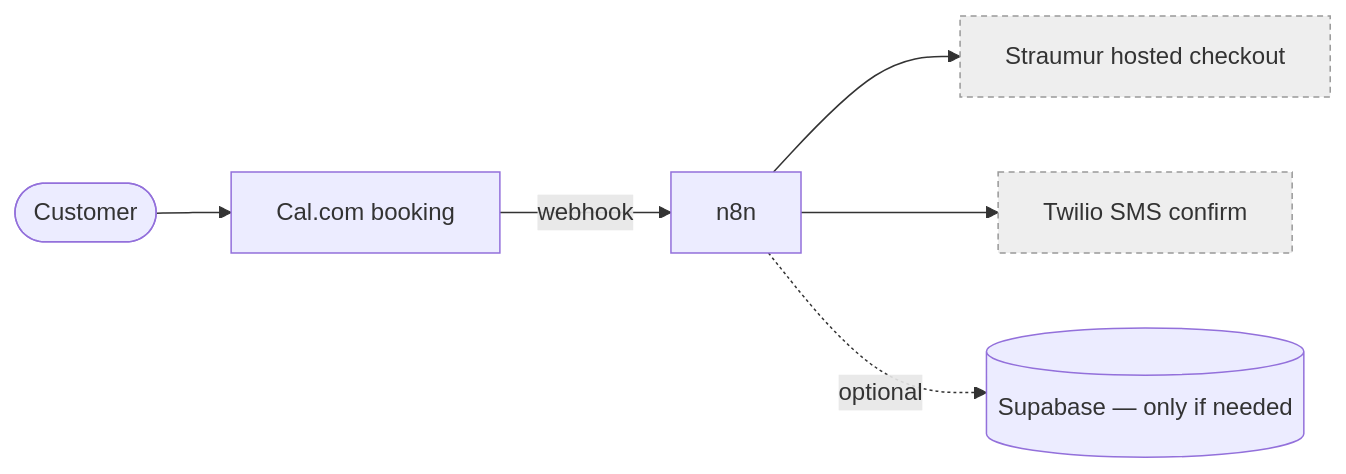
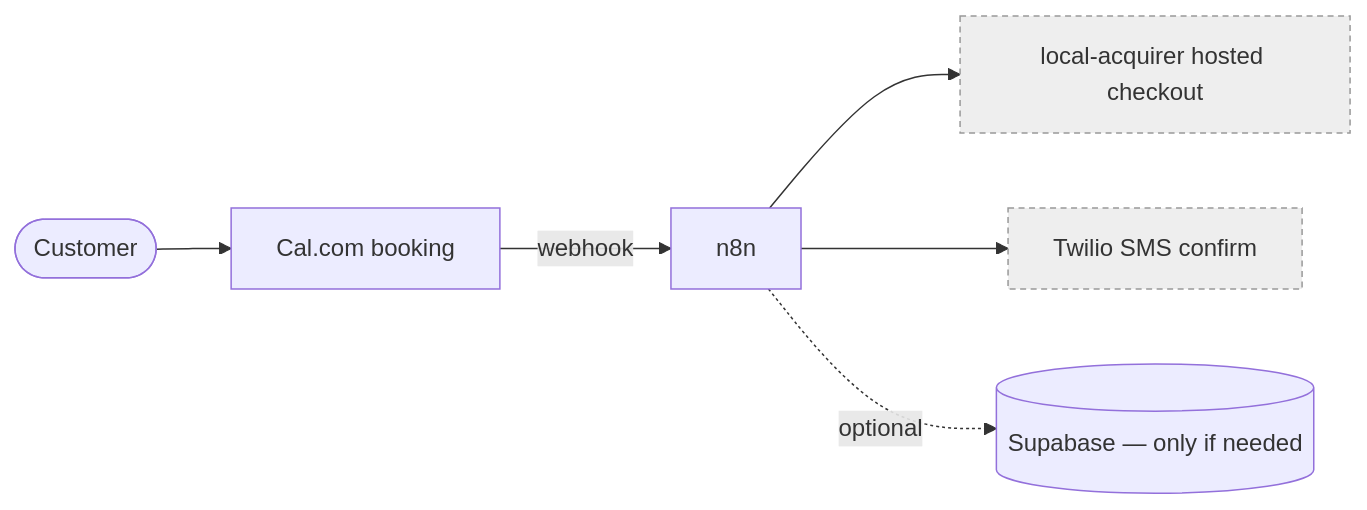
The diagram in skills/architecture-advisor/references/worked-example.md (kamiljan11/coding-higher-mind), drawn with Mermaid before and after one commit. The commit also changed other lines of this file and 44 other files, not shown here.

````diff
--- a/skills/architecture-advisor/references/worked-example.md
+++ b/skills/architecture-advisor/references/worked-example.md
@@ -82,9 +82,9 @@
 ```mermaid
 flowchart LR
   Cust([Customer]) --> Cal[Cal.com booking]
   Cal -- webhook --> N8N[n8n]
-  N8N --> Pay[Straumur hosted checkout]:::ext
+  N8N --> Pay[local-acquirer hosted checkout]:::ext
   N8N --> SMS[Twilio SMS confirm]:::ext
   N8N -. optional .-> DB[(Supabase — only if needed)]
   classDef ext fill:#eee,stroke:#999,stroke-dasharray:4 3;
 ```
````
